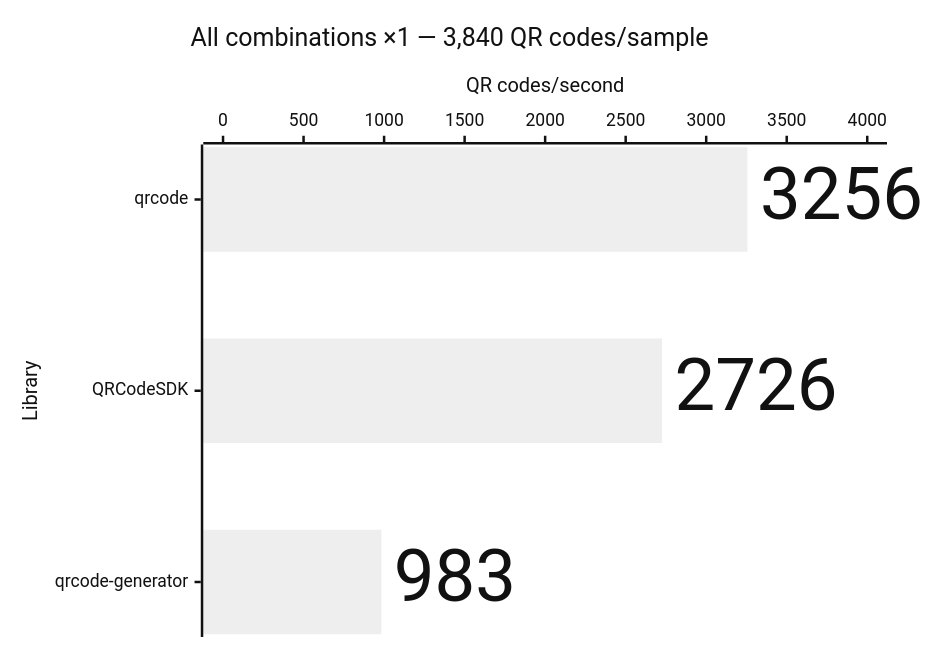
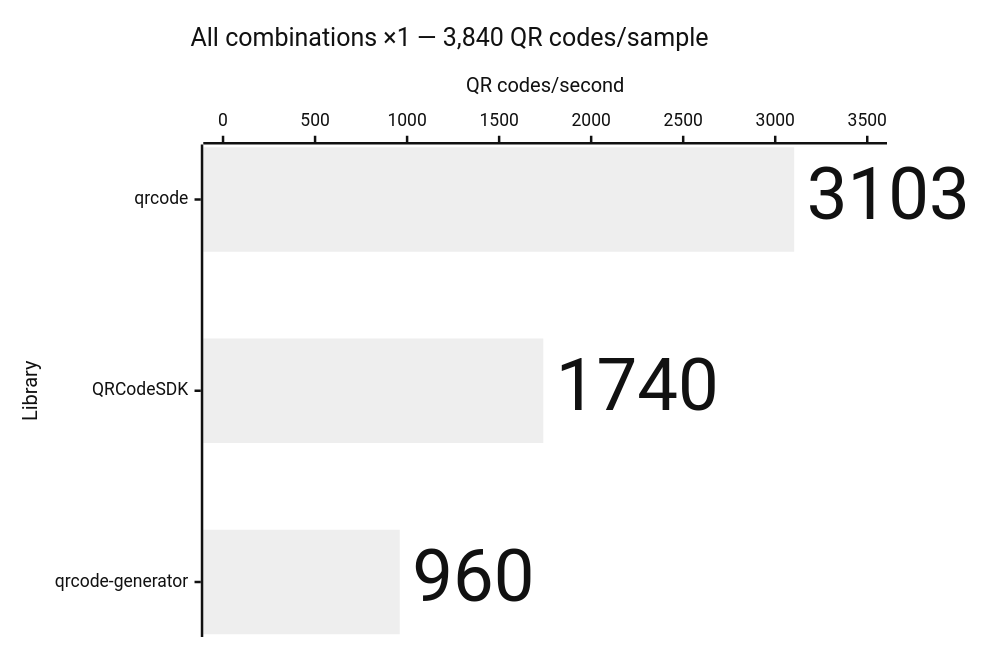
One commit to Dafnik/qrcodesdk changed diagram 11 of 14 in apps/docs/src/content/docs/learn/performance.md. Above: the diagram before and after it, drawn with Mermaid (neutral theme). The commit also changed other lines of this file and 75 other files, not shown here.

````diff
--- a/apps/docs/src/content/docs/learn/performance.md
+++ b/apps/docs/src/content/docs/learn/performance.md
@@ -230,15 +230,15 @@
 ```mermaid
 ---
 config:
   xyChart:
     showDataLabel: true
     showDataLabelOutsideBar: true
 ---
 xychart horizontal
   accTitle: SVG generation: All combinations ×1 — 3,840 QR codes/sample
-  accDescr: Throughput calculated from median time. qrcode 3,256 QR codes per second, QRCodeSDK 2,726 QR codes per second, qrcode-generator 983 QR codes per second. Higher is better.
+  accDescr: Throughput calculated from median time. qrcode 3,103 QR codes per second, QRCodeSDK 1,740 QR codes per second, qrcode-generator 960 QR codes per second. Higher is better.
   title "All combinations ×1 — 3,840 QR codes/sample"
   x-axis "Library" ["qrcode", "QRCodeSDK", "qrcode-generator"]
-  y-axis "QR codes/second" 0 --> 4000
-  bar [3256, 2726, 983]
+  y-axis "QR codes/second" 0 --> 3500
+  bar [3103, 1740, 960]
 ```
````
